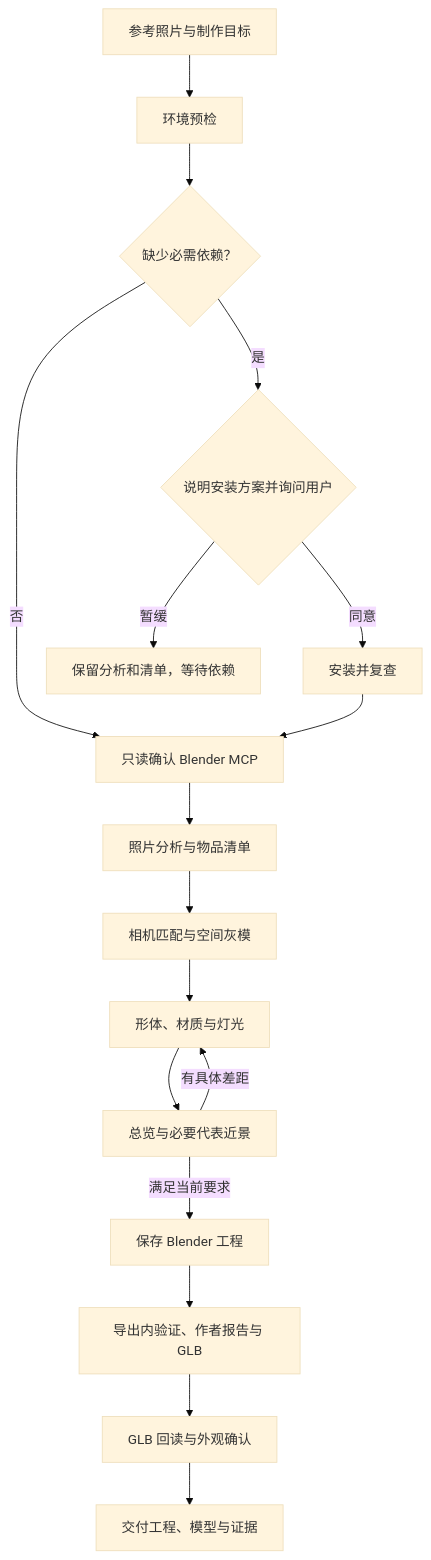
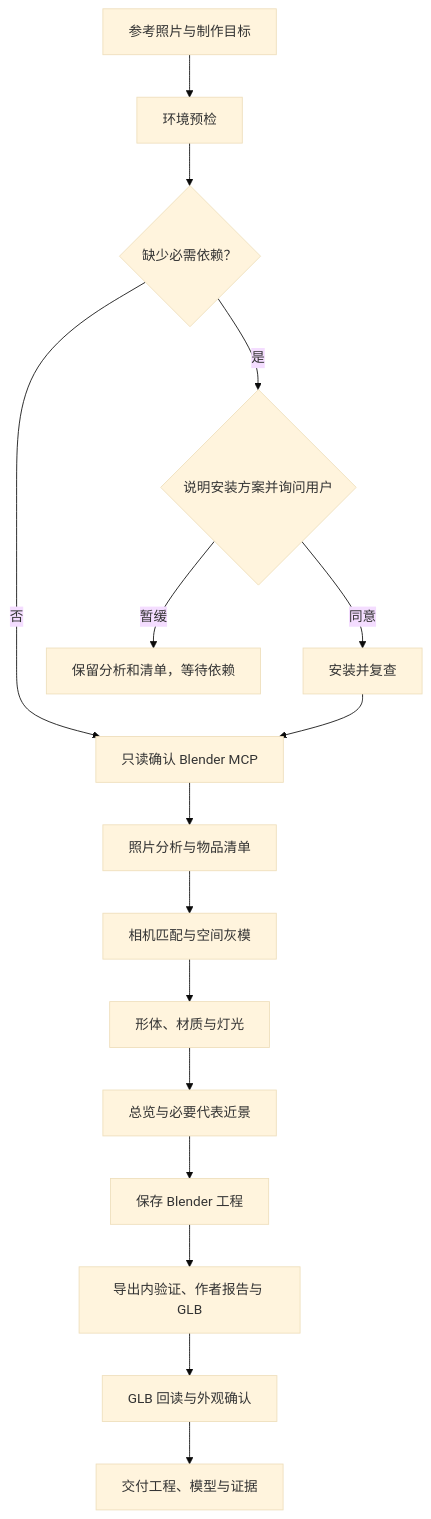
One commit to yuzisama224/blender-photo-scene changed the diagram in README.md. Above: the diagram before and after it, drawn with Mermaid (base theme). The commit also changed other lines of this file and 1 other file, not shown here.

Commit message:
Simplify workflow diagram routing for GitHub rendering

````diff
--- a/README.md
+++ b/README.md
@@ -53,19 +53,18 @@
 ```mermaid
 flowchart TD
     reference["参考照片与制作目标"] --> preflight["环境预检"]
     preflight --> missing{"缺少必需依赖？"}
     missing -->|"是"| approval{"说明安装方案并询问用户"}
     approval -->|"同意"| install["安装并复查"]
     approval -->|"暂缓"| pause["保留分析和清单，等待依赖"]
     missing -->|"否"| connection["只读确认 Blender MCP"]
     install --> connection
     connection --> manifest["照片分析与物品清单"]
     manifest --> blockout["相机匹配与空间灰模"]
     blockout --> modeling["形体、材质与灯光"]
     modeling --> preview["总览与必要代表近景"]
-    preview -->|"有具体差距"| modeling
-    preview -->|"满足当前要求"| saveScene["保存 Blender 工程"]
+    preview --> saveScene["保存 Blender 工程"]
     saveScene --> exportScene["导出内验证、作者报告与 GLB"]
     exportScene --> roundtrip["GLB 回读与外观确认"]
     roundtrip --> delivery["交付工程、模型与证据"]
 ```
````
